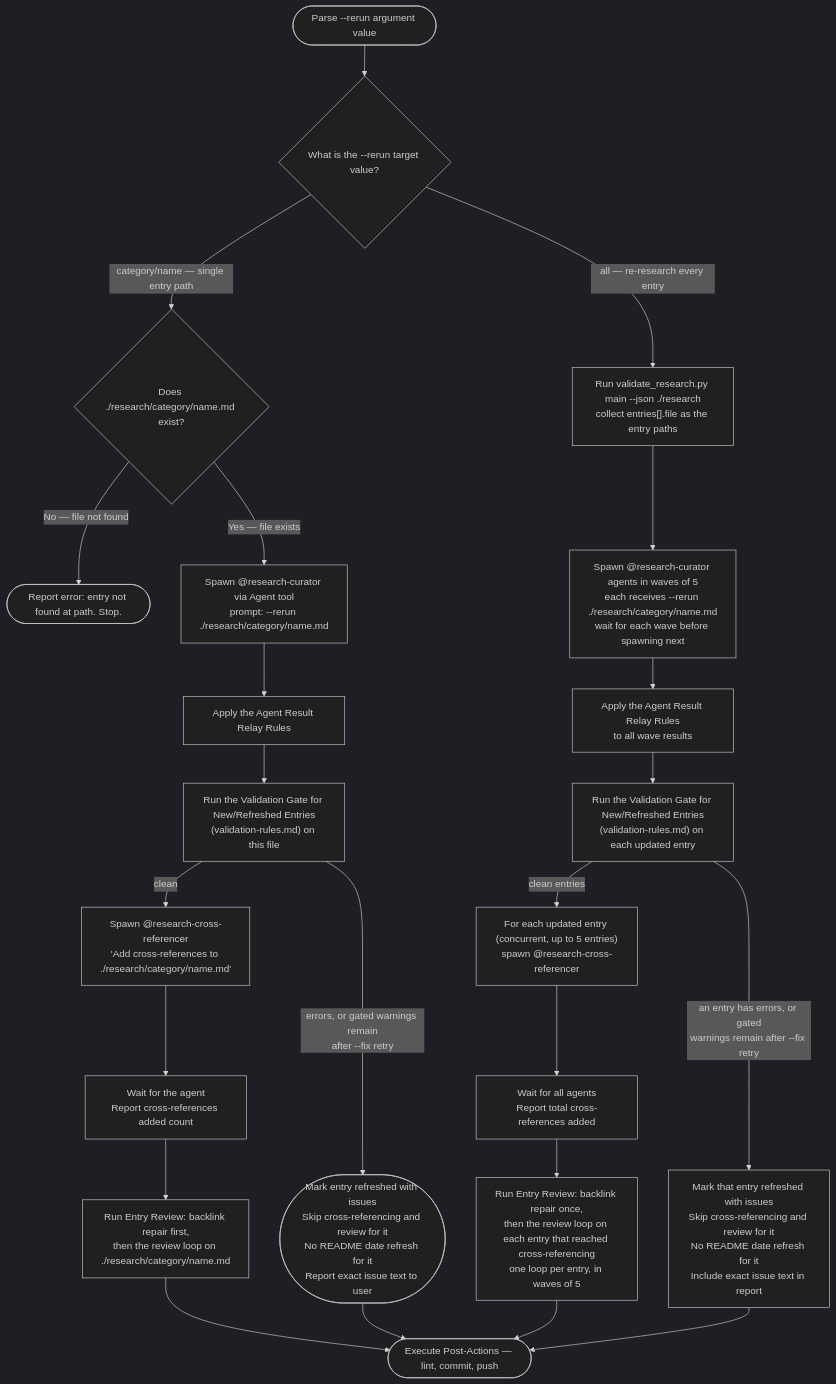
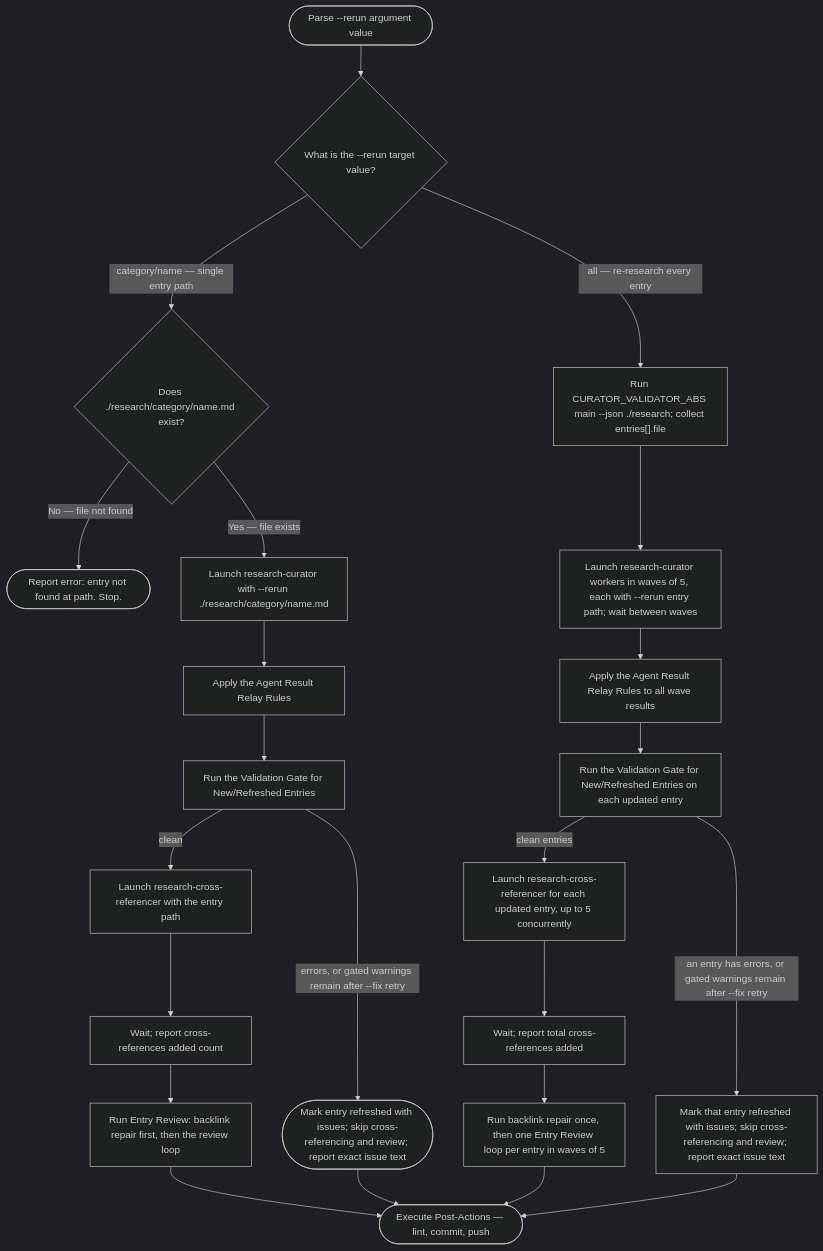
One commit to Jamie-BitFlight/claude_skills changed the second of 4 diagrams in .claude/skills/research-curator/SKILL.md. Above: the diagram before and after it, drawn with Mermaid (dark theme). The commit also changed other lines of this file and 13 other files, not shown here.

Commit message:
fix(research): repair native workflows (#4139)

````diff
--- a/.claude/skills/research-curator/SKILL.md
+++ b/.claude/skills/research-curator/SKILL.md
@@ -163,25 +201,25 @@
 ```mermaid
 flowchart TD
     Start(["Parse --rerun argument value"]) --> Q{"What is the --rerun target value?"}
     Q -->|"category/name — single entry path"| VerifyFile{"Does ./research/category/name.md exist?"}
-    Q -->|"all — re-research every entry"| FindAll["Run validate_research.py main --json ./research<br>collect entries[].file as the entry paths"]
+    Q -->|"all — re-research every entry"| FindAll["Run CURATOR_VALIDATOR_ABS main --json ./research; collect entries[].file"]
     VerifyFile -->|"No — file not found"| Missing(["Report error: entry not found at path. Stop."])
-    VerifyFile -->|"Yes — file exists"| Spawn1["Spawn @research-curator via Agent tool<br>prompt: --rerun ./research/category/name.md"]
+    VerifyFile -->|"Yes — file exists"| Spawn1["Launch research-curator with --rerun ./research/category/name.md"]
     Spawn1 --> RelayCheck1["Apply the Agent Result Relay Rules"]
-    RelayCheck1 --> Validate1["Run the Validation Gate for New/Refreshed Entries<br>(validation-rules.md) on this file"]
-    Validate1 -->|"errors, or gated warnings remain<br>after --fix retry"| Issues1(["Mark entry refreshed with issues<br>Skip cross-referencing and review for it<br>No README date refresh for it<br>Report exact issue text to user"])
-    Validate1 -->|"clean"| SpawnXref1["Spawn @research-cross-referencer<br>'Add cross-references to ./research/category/name.md'"]
-    FindAll --> WaveSpawn["Spawn @research-curator agents in waves of 5<br>each receives --rerun ./research/category/name.md<br>wait for each wave before spawning next"]
-    WaveSpawn --> RelayCheck2["Apply the Agent Result Relay Rules<br>to all wave results"]
-    RelayCheck2 --> ValidateN["Run the Validation Gate for New/Refreshed Entries<br>(validation-rules.md) on each updated entry"]
-    ValidateN -->|"an entry has errors, or gated<br>warnings remain after --fix retry"| IssuesN["Mark that entry refreshed with issues<br>Skip cross-referencing and review for it<br>No README date refresh for it<br>Include exact issue text in report"]
-    ValidateN -->|"clean entries"| SpawnXrefN["For each updated entry (concurrent, up to 5 entries)<br>spawn @research-cross-referencer"]
-    SpawnXref1 --> WaitXref1["Wait for the agent<br>Report cross-references added count"]
-    WaitXref1 --> Review1["Run Entry Review: backlink repair first,<br>then the review loop on ./research/category/name.md"]
+    RelayCheck1 --> Validate1["Run the Validation Gate for New/Refreshed Entries"]
+    Validate1 -->|"errors, or gated warnings remain after --fix retry"| Issues1(["Mark entry refreshed with issues; skip cross-referencing and review; report exact issue text"])
+    Validate1 -->|"clean"| SpawnXref1["Launch research-cross-referencer with the entry path"]
+    FindAll --> WaveSpawn["Launch research-curator workers in waves of 5, each with --rerun entry path; wait between waves"]
+    WaveSpawn --> RelayCheck2["Apply the Agent Result Relay Rules to all wave results"]
+    RelayCheck2 --> ValidateN["Run the Validation Gate for New/Refreshed Entries on each updated entry"]
+    ValidateN -->|"an entry has errors, or gated warnings remain after --fix retry"| IssuesN["Mark that entry refreshed with issues; skip cross-referencing and review; report exact issue text"]
+    ValidateN -->|"clean entries"| SpawnXrefN["Launch research-cross-referencer for each updated entry, up to 5 concurrently"]
+    SpawnXref1 --> WaitXref1["Wait; report cross-references added count"]
+    WaitXref1 --> Review1["Run Entry Review: backlink repair first, then the review loop"]
     Review1 --> PostActions(["Execute Post-Actions — lint, commit, push"])
     Issues1 --> PostActions
-    SpawnXrefN --> WaitXrefN["Wait for all agents<br>Report total cross-references added"]
-    WaitXrefN --> ReviewN["Run Entry Review: backlink repair once,<br>then the review loop on each entry that reached cross-referencing<br>one loop per entry, in waves of 5"]
+    SpawnXrefN --> WaitXrefN["Wait; report total cross-references added"]
+    WaitXrefN --> ReviewN["Run backlink repair once, then one Entry Review loop per entry in waves of 5"]
     ReviewN --> PostActions
     IssuesN --> PostActions
 ```
````
